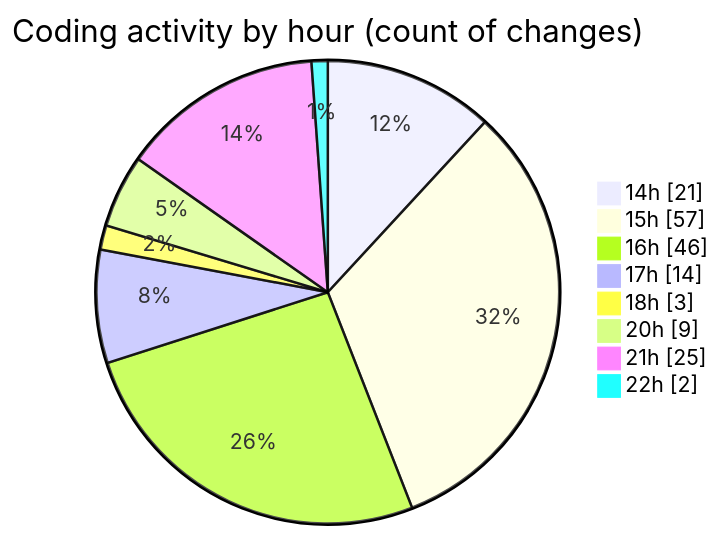
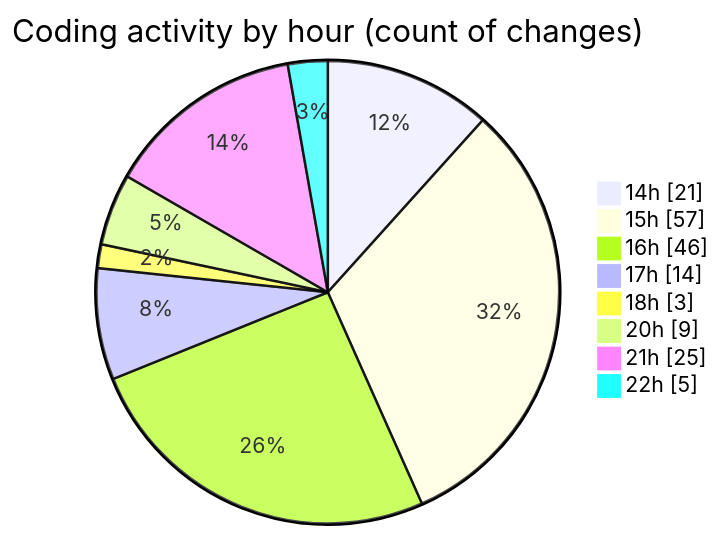
One commit to Ritupan-Deka/code-tracking changed the second of 2 diagrams in 2025-05-24/projects/README.md. Above: the diagram before and after it, drawn with Mermaid. The commit also changed other lines of this file and 1 other file, not shown here.

````diff
--- a/2025-05-24/projects/README.md
+++ b/2025-05-24/projects/README.md
@@ -35,12 +35,12 @@
 ```mermaid
 pie showData
 title Coding activity by hour (count of changes)
 "14h" : 21
 "15h" : 57
 "16h" : 46
 "17h" : 14
 "18h" : 3
 "20h" : 9
 "21h" : 25
-"22h" : 2
+"22h" : 5
 ```
````
